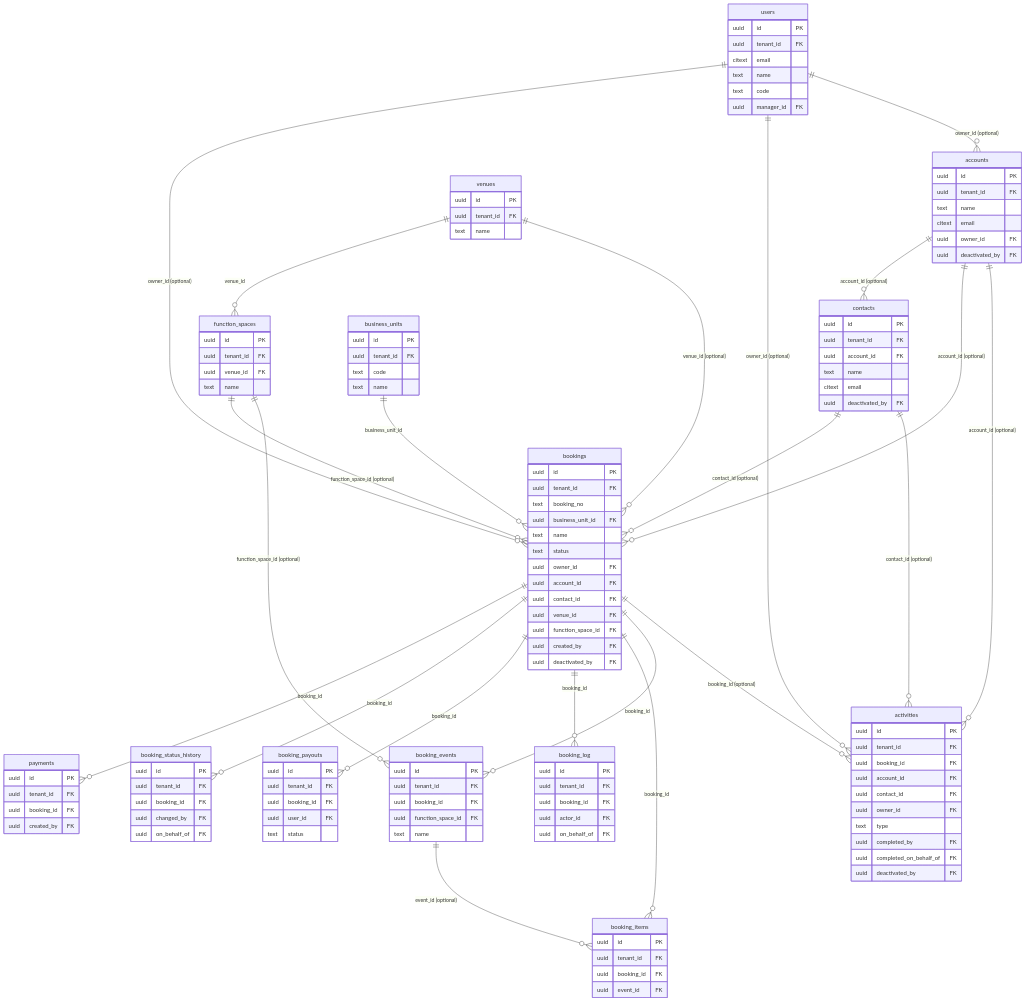
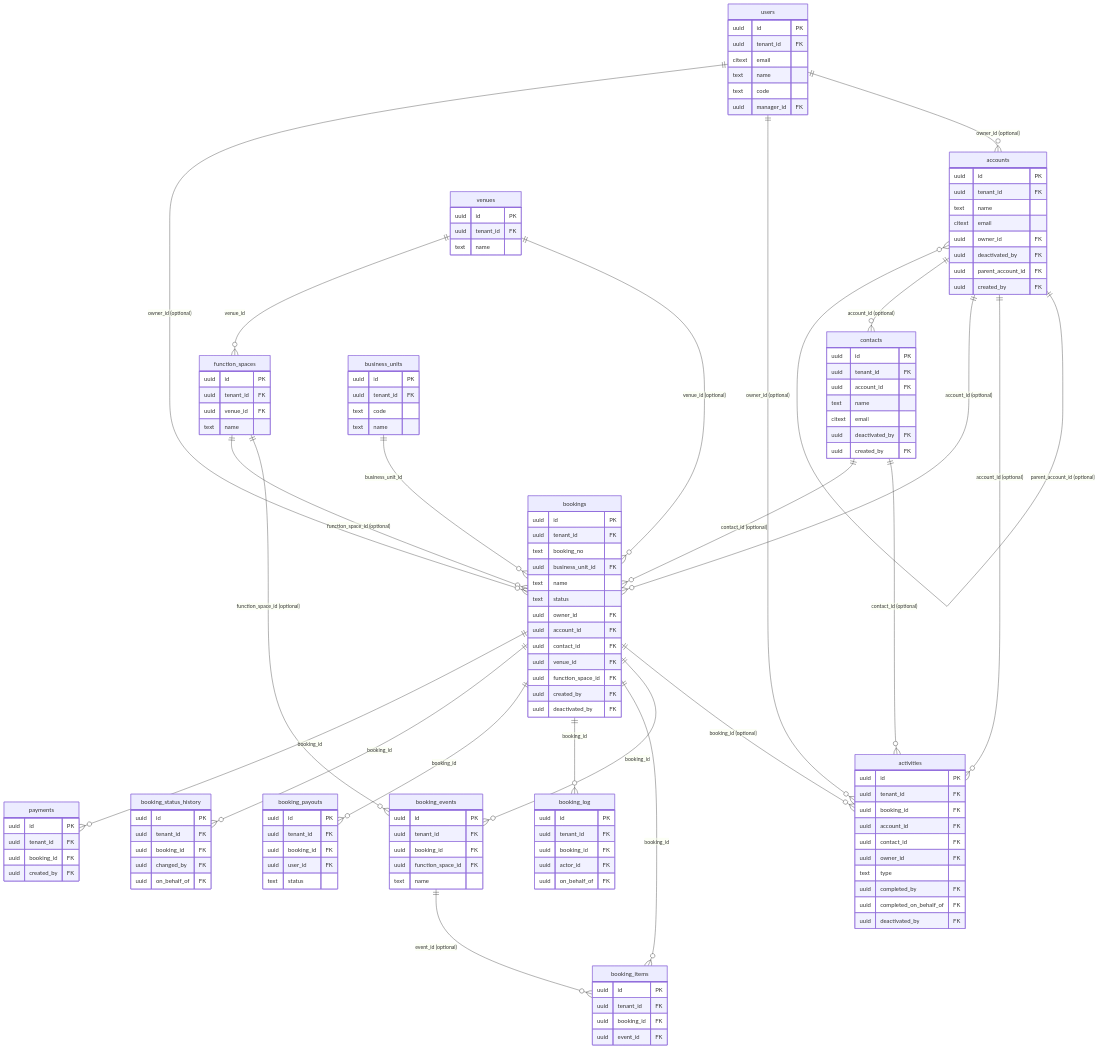
Before and after one commit to AlaaOpsAi/SaaSERP: the third of 3 diagrams in docs/DATABASE.md, drawn with Mermaid. The commit also changed other lines of this file and 24 other files, not shown here.

```diff
--- a/docs/DATABASE.md
+++ b/docs/DATABASE.md
@@ -222,6 +228,7 @@
     text name
     citext email
     uuid deactivated_by FK
+    uuid created_by FK
   }
   accounts {
     uuid id PK
@@ -230,6 +237,8 @@
     citext email
     uuid owner_id FK
     uuid deactivated_by FK
+    uuid parent_account_id FK
+    uuid created_by FK
   }
   venues {
     uuid id PK
@@ -257,6 +266,7 @@
     uuid manager_id FK
   }
   users ||--o{ accounts : "owner_id (optional)"
+  accounts ||--o{ accounts : "parent_account_id (optional)"
   accounts ||--o{ activities : "account_id (optional)"
   bookings ||--o{ activities : "booking_id (optional)"
   contacts ||--o{ activities : "contact_id (optional)"
```
